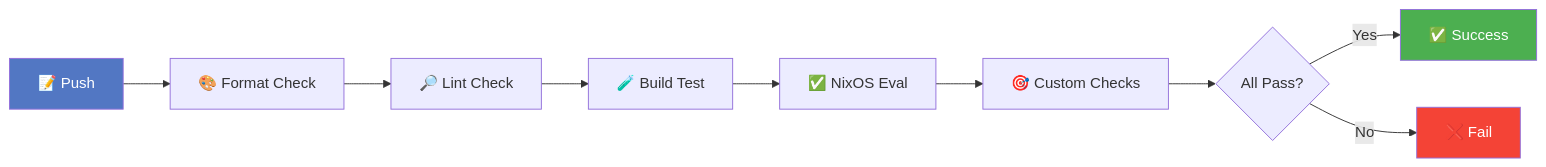
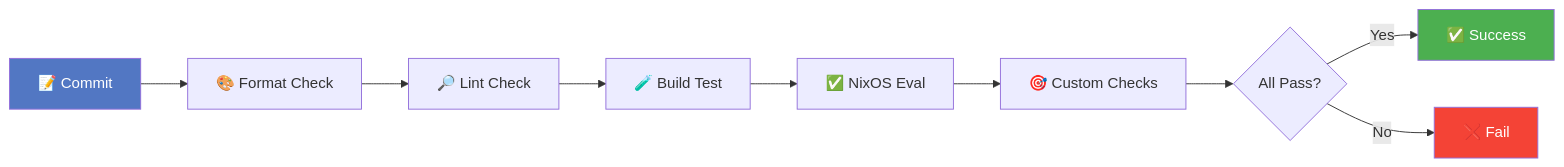
Before and after one commit to neg-serg/nixos-config: the fourth of 5 diagrams in README.md, drawn with Mermaid. The commit also changed other lines of this file, not shown here.

````diff
--- a/README.md
+++ b/README.md
@@ -390,15 +390,15 @@
 ```mermaid
 graph LR
-    A[📝 Push] --> B[🎨 Format Check]
+    A[📝 Commit] --> B[🎨 Format Check]
     B --> C[🔎 Lint Check]
     C --> D[🧪 Build Test]
     D --> E[✅ NixOS Eval]
     E --> F[🎯 Custom Checks]
     F --> G{All Pass?}
     G -->|Yes| H[✅ Success]
     G -->|No| I[❌ Fail]
     
     style A fill:#5277C3,color:#fff
     style H fill:#4CAF50,color:#fff
     style I fill:#f44336,color:#fff
 ```
````
